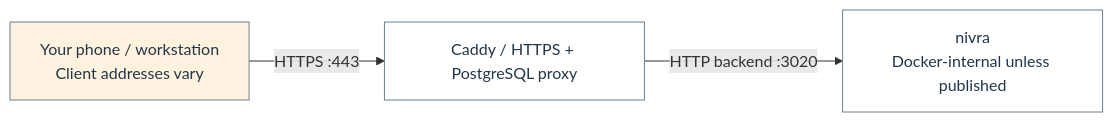
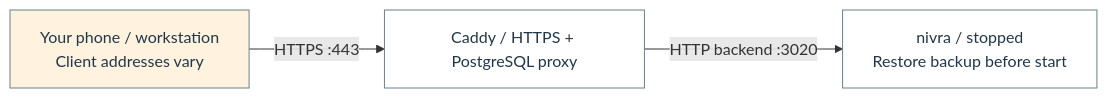
Before and after one commit to Harsh-2002/Homelab: diagram 11 of 22 in docs/architecture/homelab-mermaid.md, drawn with Mermaid. The commit also changed other lines of this file and 77 other files, not shown here.

````diff
--- a/docs/architecture/homelab-mermaid.md
+++ b/docs/architecture/homelab-mermaid.md
@@ -433,12 +439,12 @@
 ```mermaid
 flowchart LR
   n_flow_12_0["Your phone / workstation<br/>Client addresses vary"]
   n_flow_12_1["Caddy / HTTPS + PostgreSQL proxy"]
-  n_flow_12_2["nivra<br/>Docker-internal unless published"]
+  n_flow_12_2["nivra / stopped<br/>Restore backup before start"]
   n_flow_12_0 -->|"HTTPS :443"| n_flow_12_1
   n_flow_12_1 -->|"HTTP backend :3020"| n_flow_12_2
   classDef c_flow_12_0 fill:#fff3df,stroke:#6c7f8c,color:#233647;
   class n_flow_12_0 c_flow_12_0;
   classDef c_flow_12_1 fill:#ffffff,stroke:#6c7f8c,color:#233647;
   class n_flow_12_1,n_flow_12_2 c_flow_12_1;
 ```
````
